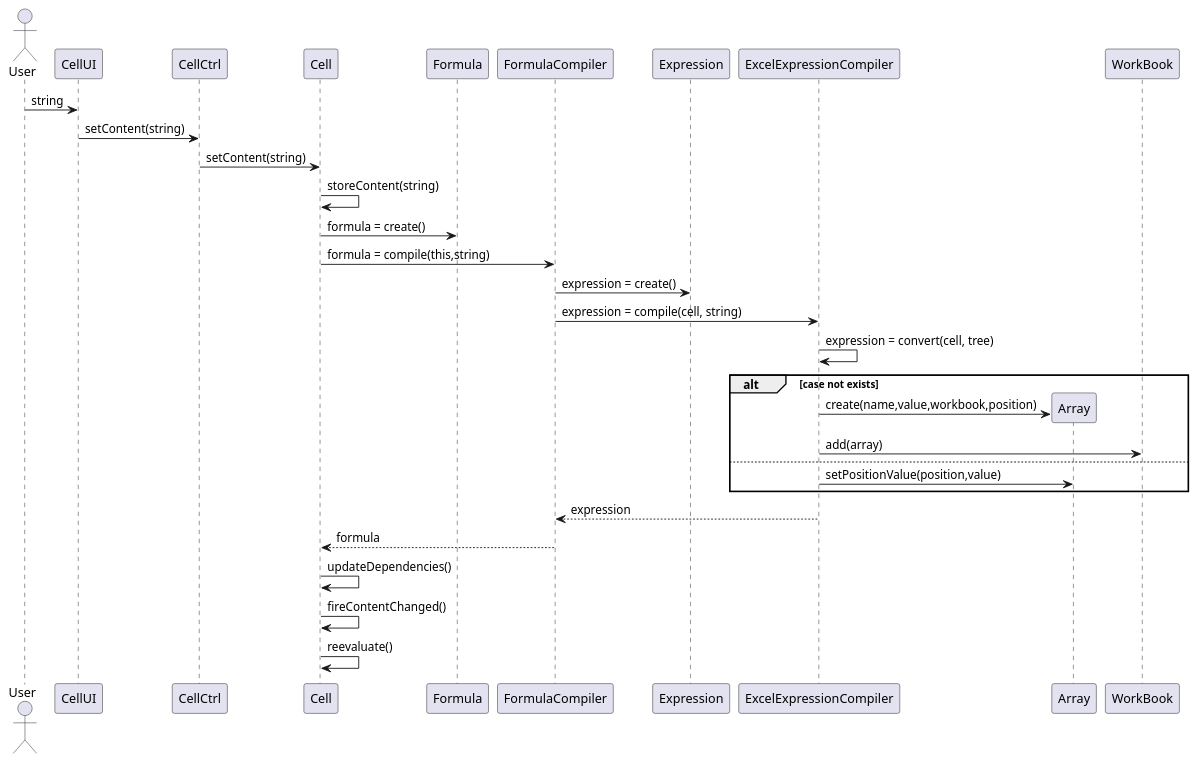
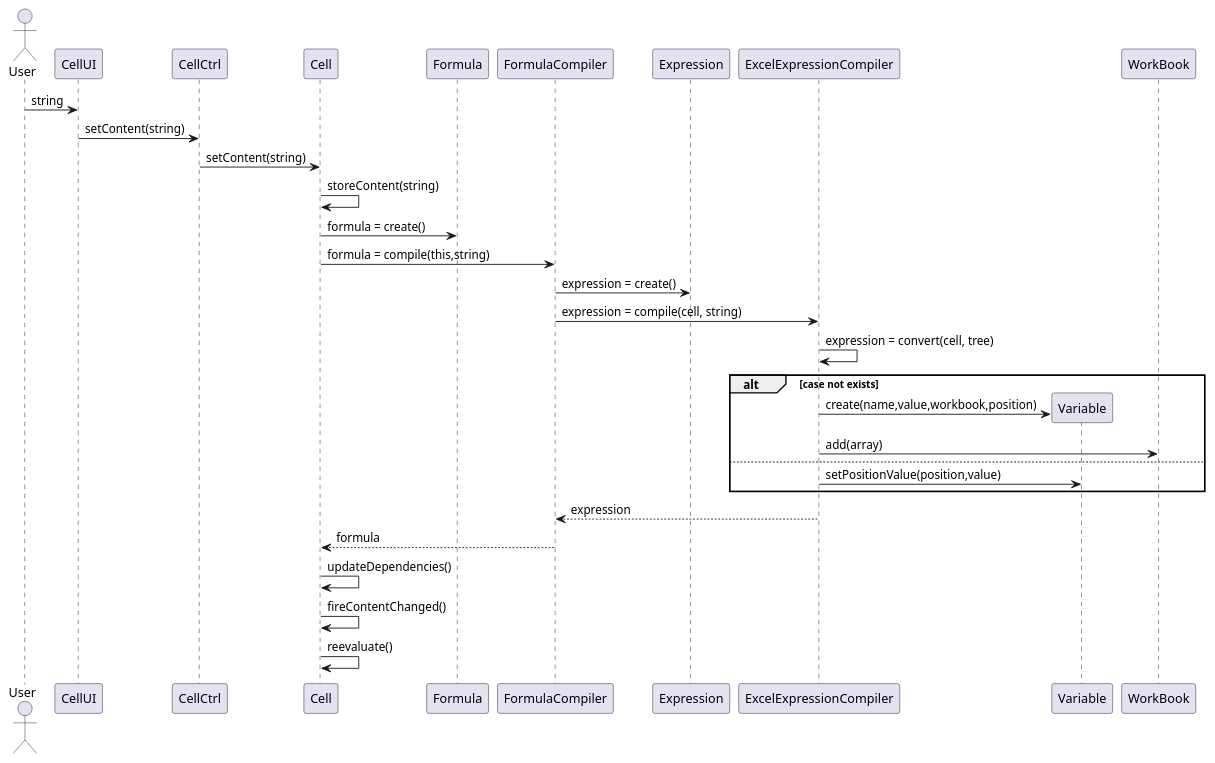
Before and after one commit to 1130348/Confusao: the diagram in src/csheets/userstories/macros02_02/arrays/i130399/design_macros_02_02.puml, drawn with PlantUML. The commit also changed 1 other file, not shown here.

Commit message:
#CSDH-223 #time 1m #resolve Macros02.2 - Pequena alteração no diagrama do design

```diff
--- a/src/csheets/userstories/macros02_02/arrays/i130399/design_macros_02_02.puml
+++ b/src/csheets/userstories/macros02_02/arrays/i130399/design_macros_02_02.puml
@@ -1,37 +1,37 @@
 @startuml doc-files/design_macros_02_02.png
  actor User
  participant "CellUI" as UI
  participant "CellCtrl" as ctrl
  participant "Cell" as cell
  participant "Formula" as formula
  participant "FormulaCompiler" as formulaCompiler
  participant "Expression" as expression
  participant "ExcelExpressionCompiler" as expressionCompiler
- participant "Array" as array
+ participant "Variable" as array
  participant "WorkBook" as workbook
 
 User -> UI : string
 UI -> ctrl : setContent(string)
 ctrl -> cell : setContent(string)
 cell -> cell : storeContent(string)
 cell -> formula : formula = create()
 cell -> formulaCompiler : formula = compile(this,string)
 formulaCompiler -> expression : expression = create()
 formulaCompiler -> expressionCompiler : expression = compile(cell, string)
 expressionCompiler -> expressionCompiler : expression = convert(cell, tree)
 
 alt case not exists
 create array
 expressionCompiler -> array : create(name,value,workbook,position)
 expressionCompiler -> workbook : add(array)
 else
 expressionCompiler -> array : setPositionValue(position,value)
 end
 
 formulaCompiler <-- expressionCompiler : expression
 formulaCompiler --> cell : formula
 cell -> cell : updateDependencies()
 cell -> cell : fireContentChanged()
 cell -> cell : reevaluate()
 
 @enduml
```
